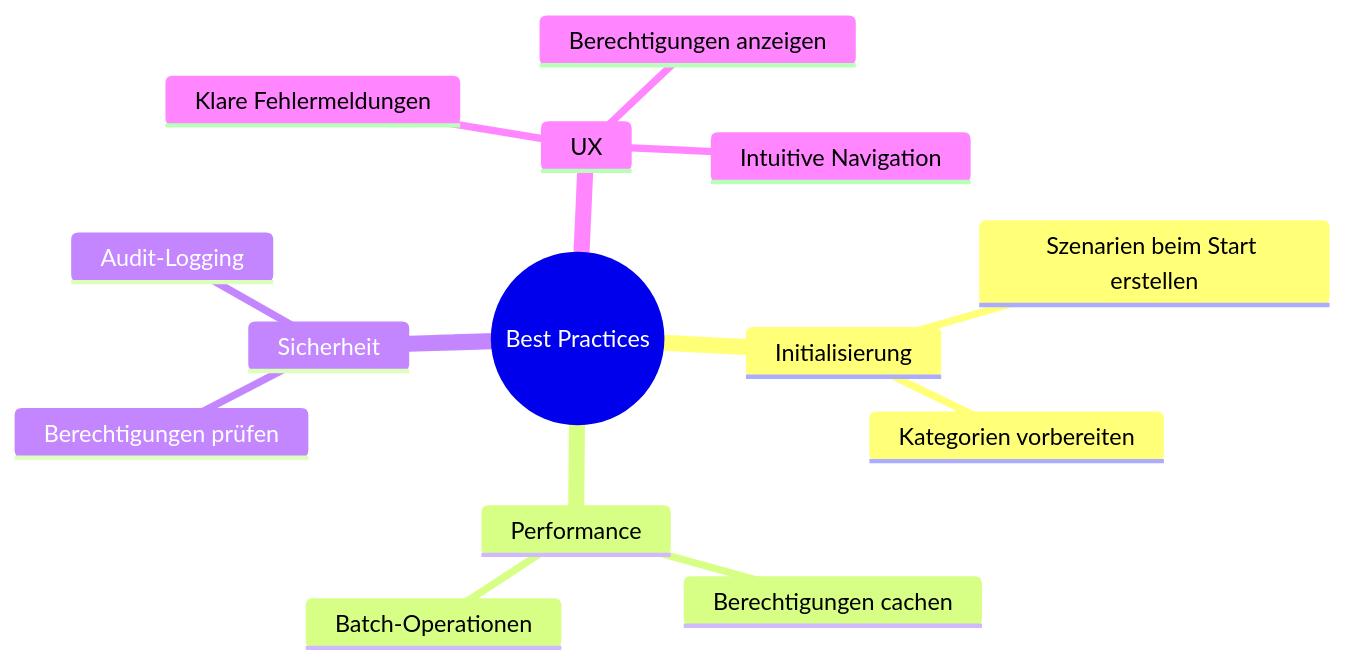
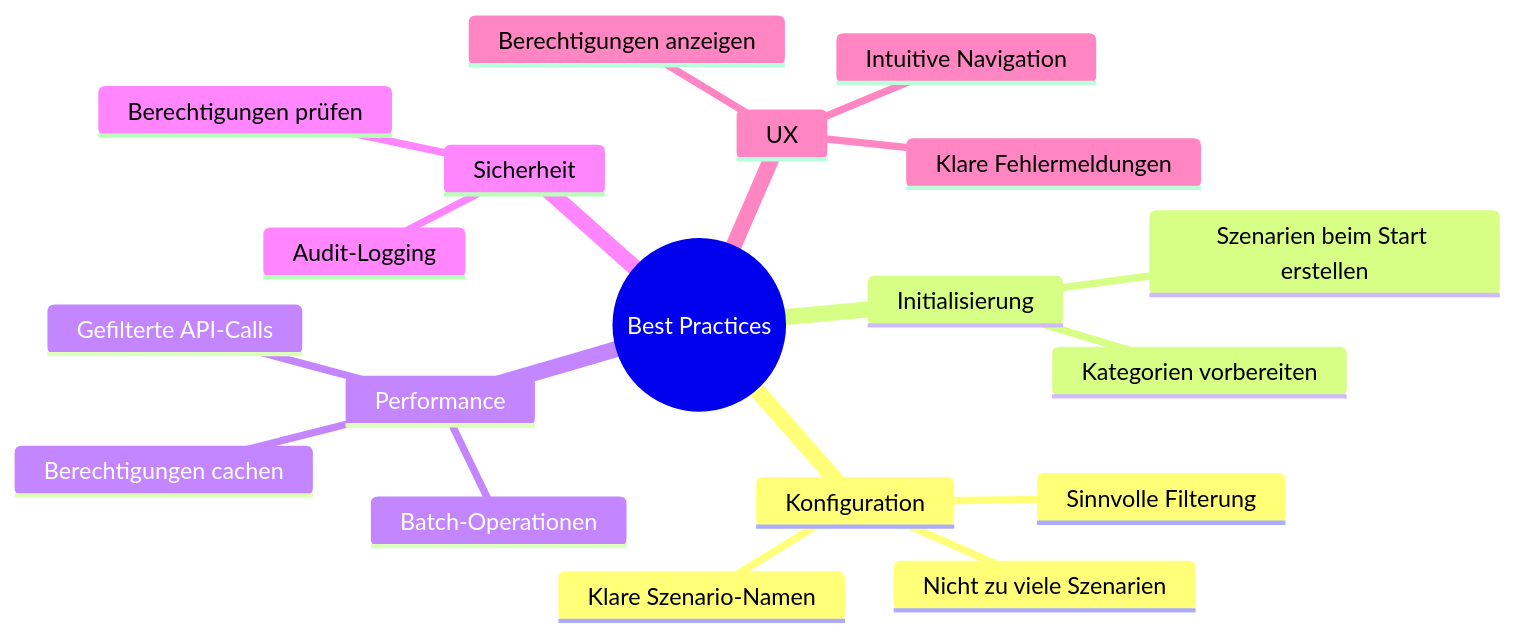
One commit to bwl21/bwl-dienstplanung changed diagram 15 of 16 in docs/planning-scenarios.md. Above: the diagram before and after it, drawn with Mermaid. The commit also changed other lines of this file, not shown here.

````diff
--- a/docs/planning-scenarios.md
+++ b/docs/planning-scenarios.md
@@ -283,17 +404,22 @@
 ```mermaid
 mindmap
   root((Best Practices))
+    Konfiguration
+      Klare Szenario-Namen
+      Sinnvolle Filterung
+      Nicht zu viele Szenarien
     Initialisierung
       Szenarien beim Start erstellen
       Kategorien vorbereiten
     Performance
       Berechtigungen cachen
       Batch-Operationen
+      Gefilterte API-Calls
     Sicherheit
       Berechtigungen prüfen
       Audit-Logging
     UX
       Klare Fehlermeldungen
       Berechtigungen anzeigen
       Intuitive Navigation
 ```
````
